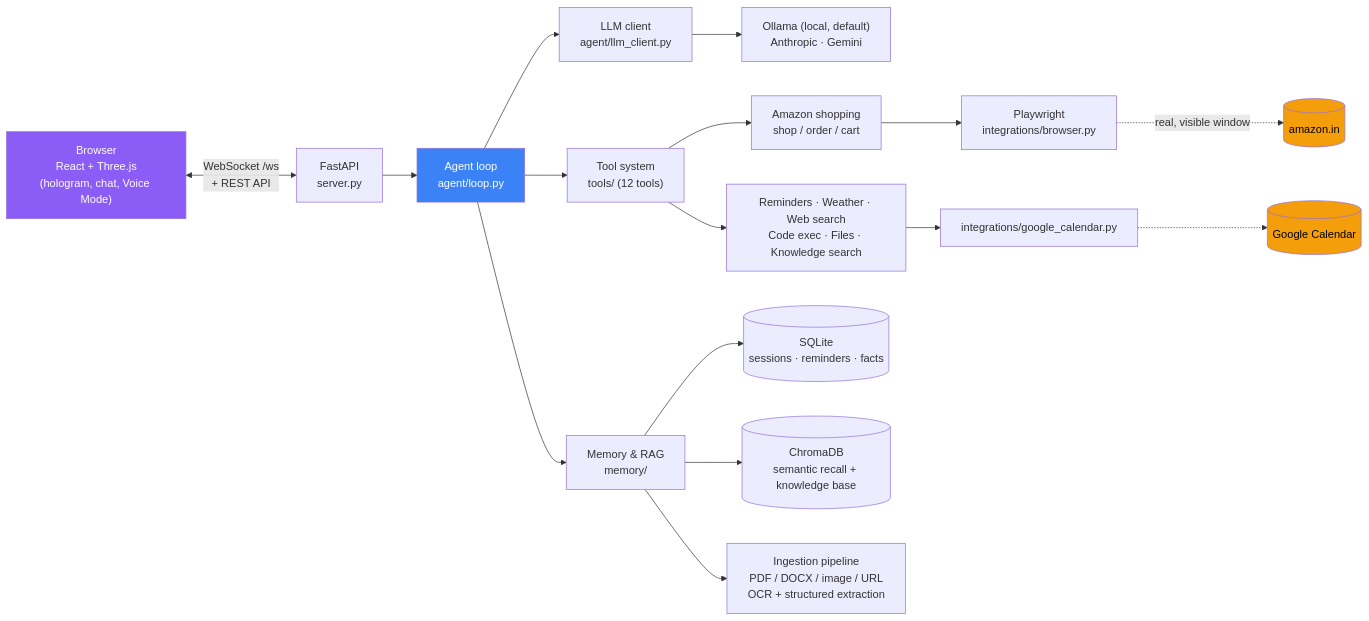
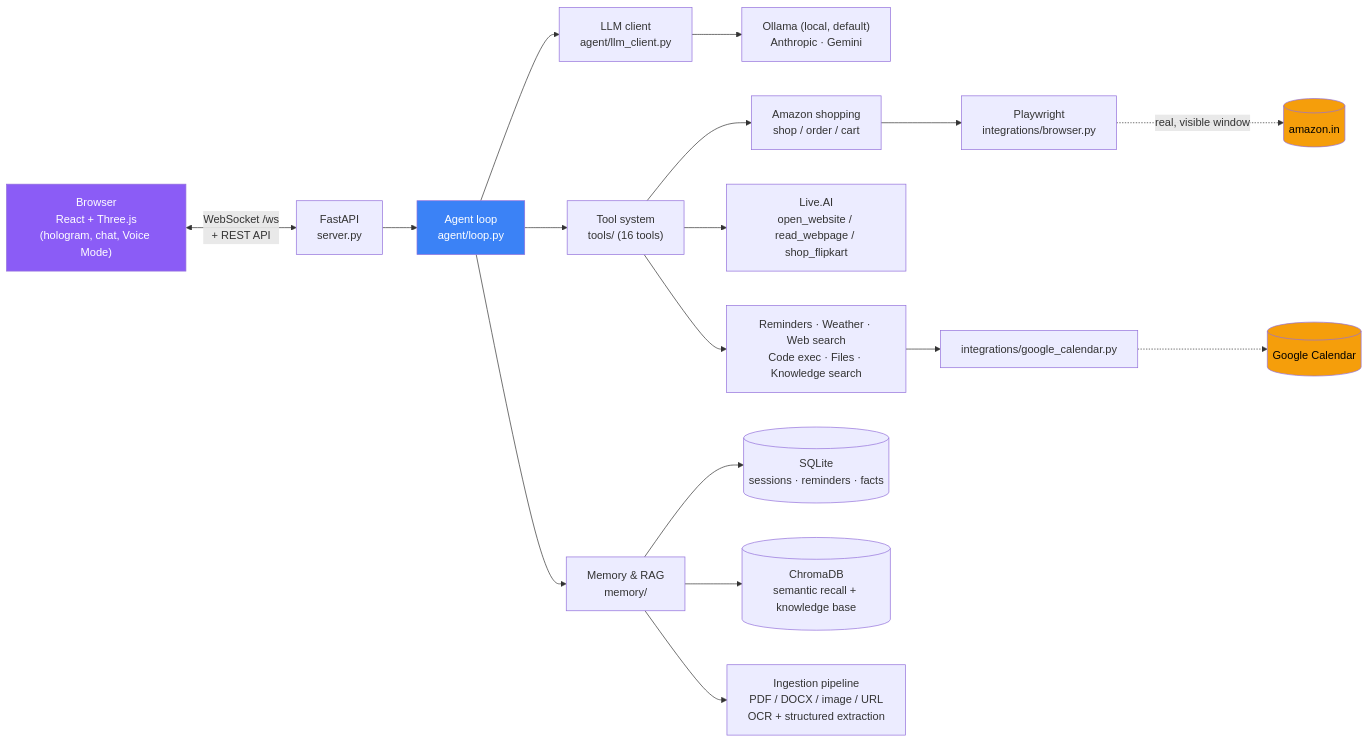
The diagram in README.md (NaveenKumarY-ENG/TEJAS-AI_Assistant), drawn with Mermaid before and after one commit. The commit also changed other lines of this file, not shown here.

First line of the commit message:
Document Live.AI in the README

````diff
--- a/README.md
+++ b/README.md
@@ -50,29 +51,30 @@
 ```mermaid
 flowchart LR
     UI["Browser<br/>React + Three.js<br/>(hologram, chat, Voice Mode)"]
 
     UI <-->|"WebSocket /ws<br/>+ REST API"| Server["FastAPI<br/>server.py"]
     Server --> Loop["Agent loop<br/>agent/loop.py"]
 
     Loop --> LLM["LLM client<br/>agent/llm_client.py"]
     LLM --> Providers["Ollama (local, default)<br/>Anthropic · Gemini"]
 
-    Loop --> Tools["Tool system<br/>tools/ (12 tools)"]
+    Loop --> Tools["Tool system<br/>tools/ (16 tools)"]
     Tools --> Shopping["Amazon shopping<br/>shop / order / cart"]
+    Tools --> LiveAI["Live.AI<br/>open_website / read_webpage / shop_flipkart"]
     Tools --> Other["Reminders · Weather · Web search<br/>Code exec · Files · Knowledge search"]
 
     Loop --> Memory["Memory & RAG<br/>memory/"]
     Memory --> SQLite[("SQLite<br/>sessions · reminders · facts")]
     Memory --> Chroma[("ChromaDB<br/>semantic recall + knowledge base")]
     Memory --> Ingest["Ingestion pipeline<br/>PDF / DOCX / image / URL<br/>OCR + structured extraction"]
 
     Shopping --> Browser["Playwright<br/>integrations/browser.py"]
     Browser -.->|"real, visible window"| Amazon[("amazon.in")]
     Other --> Calendar["integrations/google_calendar.py"]
     Calendar -.-> GCal[("Google Calendar")]
 
     style UI fill:#8b5cf6,color:#fff
     style Loop fill:#3b82f6,color:#fff
     style Amazon fill:#f59e0b,color:#000
     style GCal fill:#f59e0b,color:#000
 ```
````
